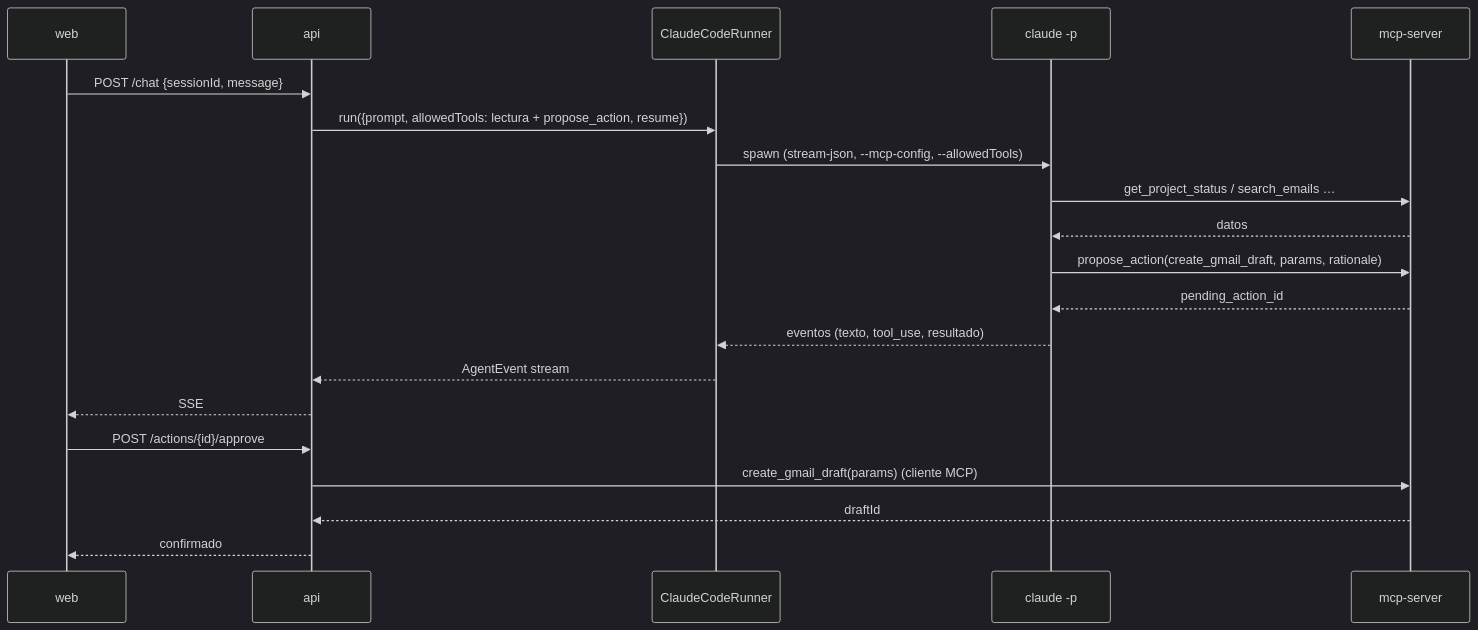
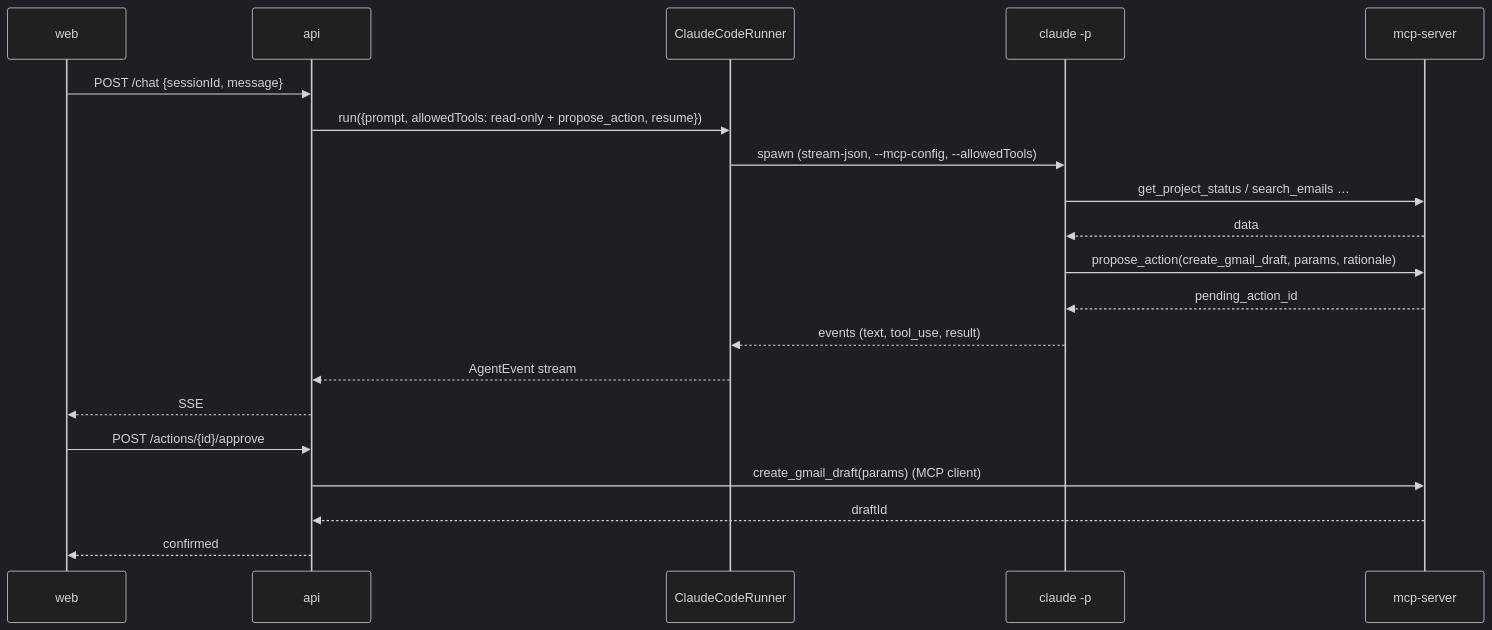
The eighth of 9 diagrams in docs/architecture.md (srovere/jarvis), drawn with Mermaid (dark theme) before and after one commit. The commit also changed other lines of this file and 68 other files, not shown here.

````diff
--- a/docs/architecture.md
+++ b/docs/architecture.md
@@ -268,22 +268,22 @@
 ```mermaid
 sequenceDiagram
   participant UI as web
   participant API as api
   participant AR as ClaudeCodeRunner
   participant CLI as claude -p
   participant MCP as mcp-server
   UI->>API: POST /chat {sessionId, message}
-  API->>AR: run({prompt, allowedTools: lectura + propose_action, resume})
+  API->>AR: run({prompt, allowedTools: read-only + propose_action, resume})
   AR->>CLI: spawn (stream-json, --mcp-config, --allowedTools)
   CLI->>MCP: get_project_status / search_emails …
-  MCP-->>CLI: datos
+  MCP-->>CLI: data
   CLI->>MCP: propose_action(create_gmail_draft, params, rationale)
   MCP-->>CLI: pending_action_id
-  CLI-->>AR: eventos (texto, tool_use, resultado)
+  CLI-->>AR: events (text, tool_use, result)
   AR-->>API: AgentEvent stream
   API-->>UI: SSE
   UI->>API: POST /actions/{id}/approve
-  API->>MCP: create_gmail_draft(params)  (cliente MCP)
+  API->>MCP: create_gmail_draft(params)  (MCP client)
   MCP-->>API: draftId
-  API-->>UI: confirmado
+  API-->>UI: confirmed
 ```
````
